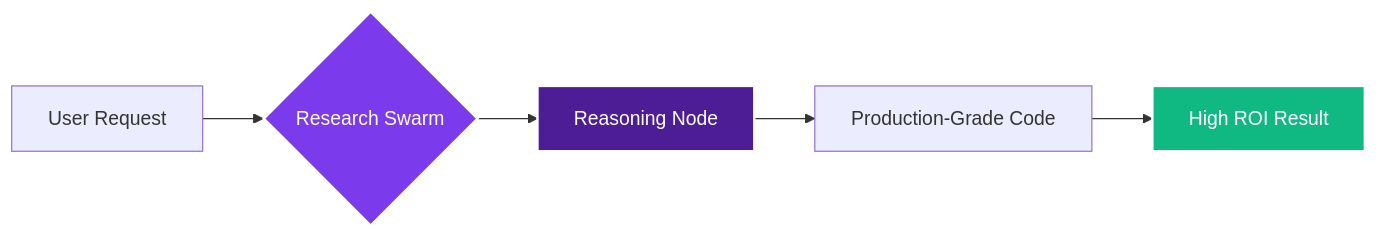
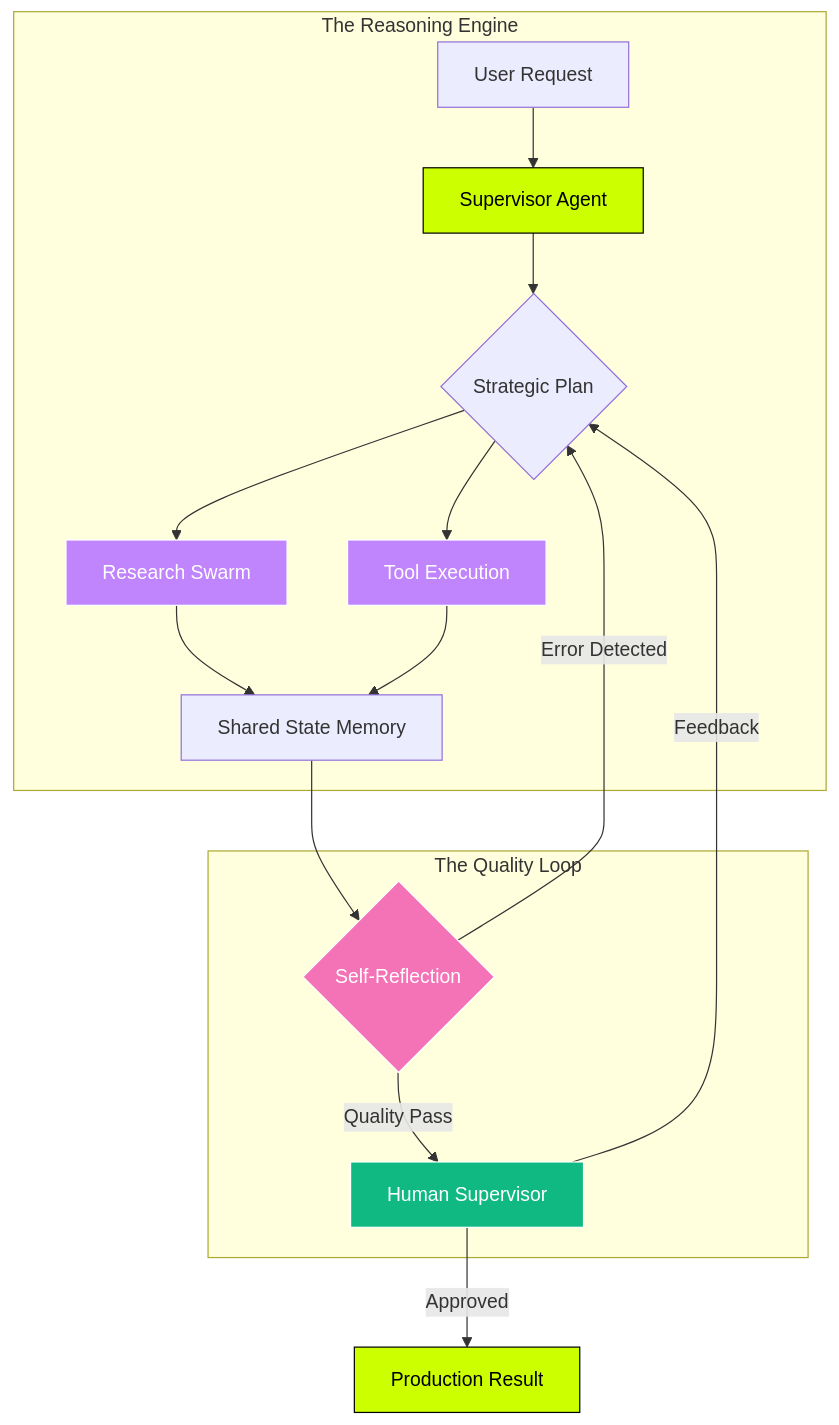
Before and after one commit to Tayyabjv1/Tayyabjv1: the diagram in README.md, drawn with Mermaid. The commit also changed other lines of this file, not shown here.

````diff
--- a/README.md
+++ b/README.md
@@ -8,10 +12,26 @@
 ```mermaid
-graph LR
-    A[User Request] --> B{Research Swarm}
-    B --> C[Reasoning Node]
-    C --> D[Production-Grade Code]
-    D --> E[High ROI Result]
-    style B fill:#7C3AED,stroke:#fff,stroke-width:2px,color:#fff
-    style C fill:#4C1D95,stroke:#fff,stroke-width:2px,color:#fff
-    style E fill:#10B981,stroke:#fff,stroke-width:2px,color:#fff
+graph TD
+    subgraph "The Reasoning Engine"
+        A[User Request] --> B[Supervisor Agent]
+        B --> C{Strategic Plan}
+        C --> D[Research Swarm]
+        C --> E[Tool Execution]
+        D & E --> F[Shared State Memory]
+    end
+
+    subgraph "The Quality Loop"
+        F --> G{Self-Reflection}
+        G -- "Error Detected" --> C
+        G -- "Quality Pass" --> H[Human Supervisor]
+    end
+
+    H -- "Approved" --> I[Production Result]
+    H -- "Feedback" --> C
+
+    style B fill:#ccff00,stroke:#000,color:#000
+    style D fill:#c084fc,stroke:#fff,color:#fff
+    style E fill:#c084fc,stroke:#fff,color:#fff
+    style G fill:#f472b6,stroke:#fff,color:#fff
+    style H fill:#10B981,stroke:#fff,color:#fff
+    style I fill:#ccff00,stroke:#000,color:#000
 ```
````
